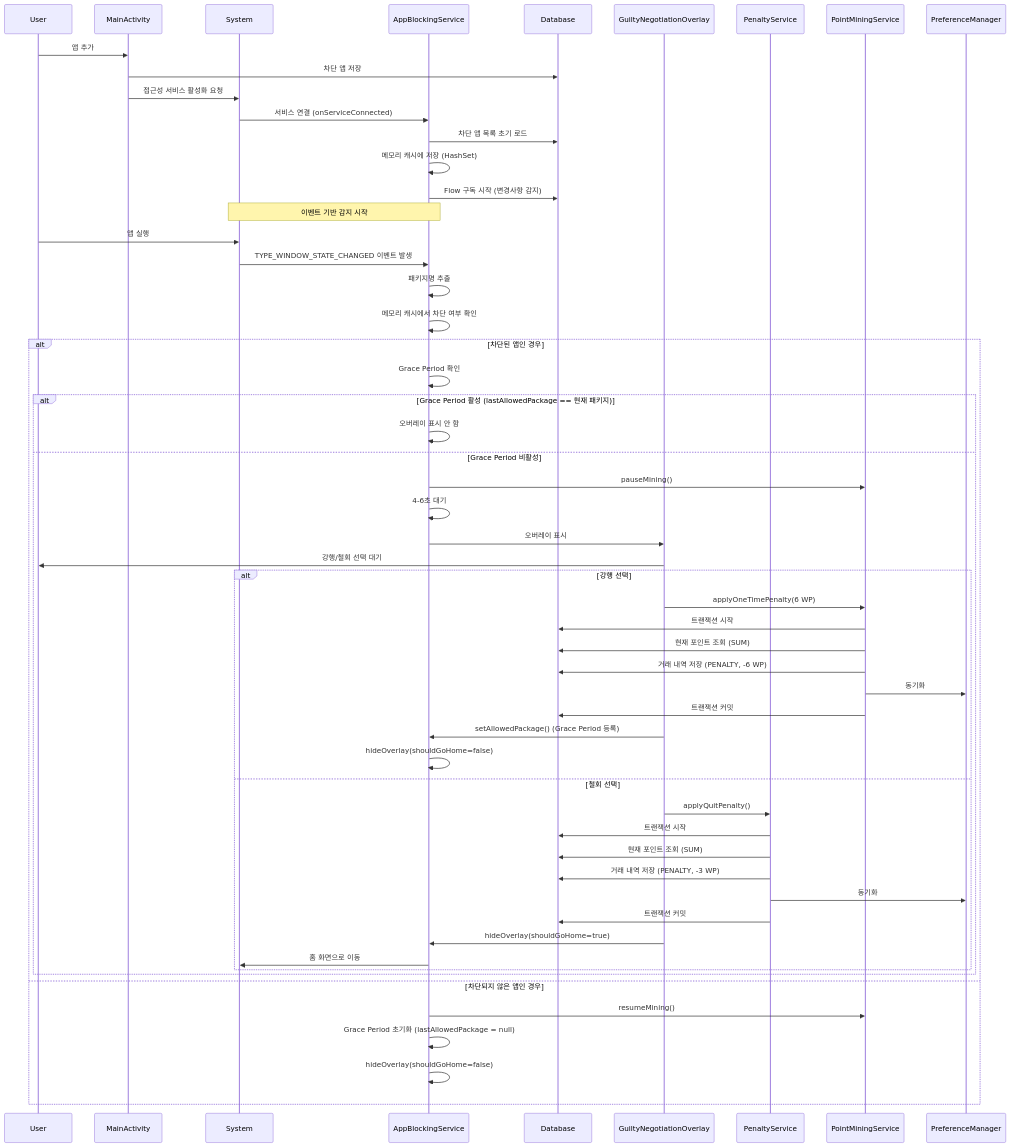
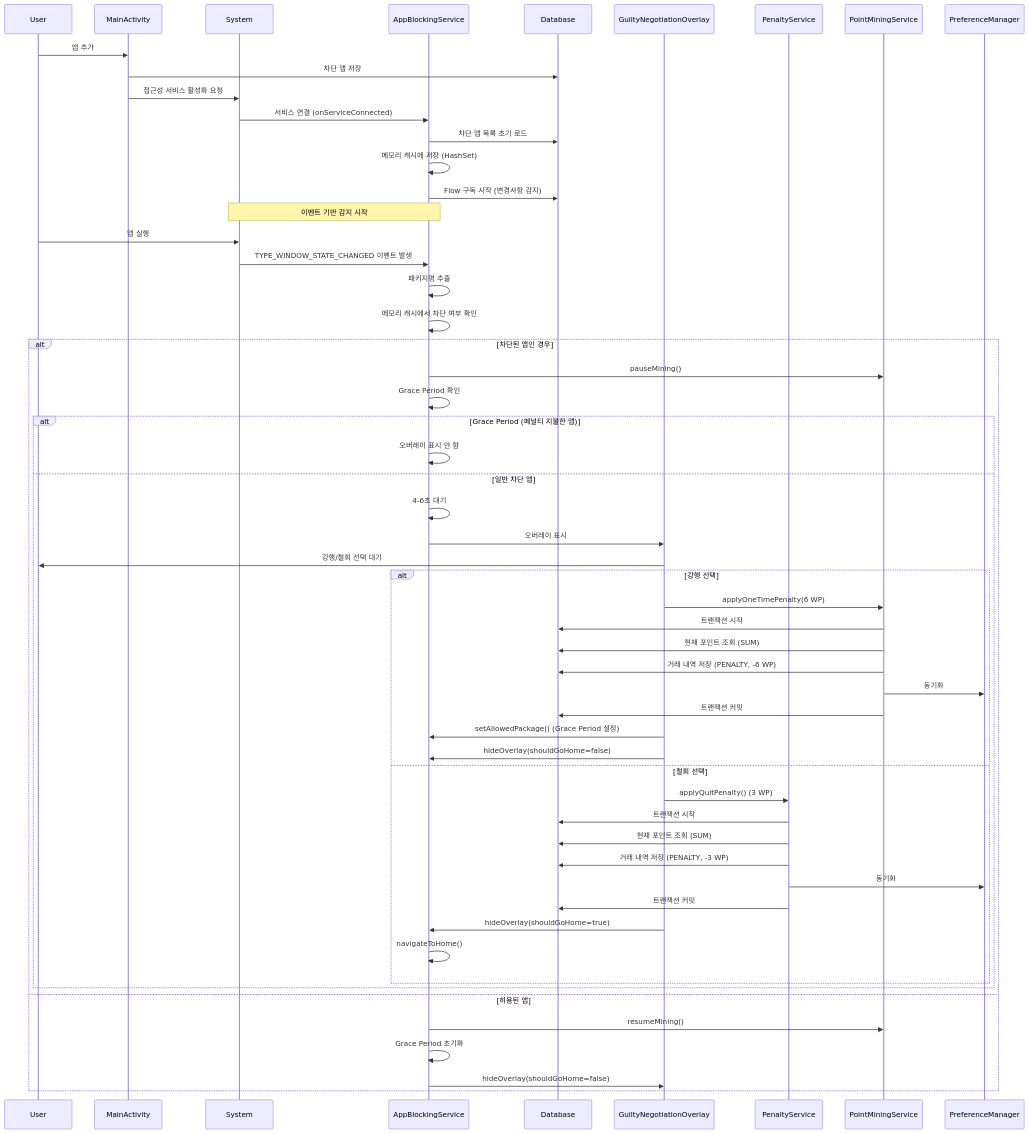
Before and after one commit to KDG12054345/-2: the first of 6 diagrams in ARCHITECTURE.md, drawn with Mermaid. The commit also changed other lines of this file and 6 other files, not shown here.

````diff
--- a/ARCHITECTURE.md
+++ b/ARCHITECTURE.md
@@ -140,62 +134,63 @@
 ```mermaid
 sequenceDiagram
     participant User
     participant MainActivity
     participant System
     participant AppBlockingService
     participant Database
     participant GuiltyNegotiationOverlay
     participant PenaltyService
 
     User->>MainActivity: 앱 추가
     MainActivity->>Database: 차단 앱 저장
     MainActivity->>System: 접근성 서비스 활성화 요청
     
     System->>AppBlockingService: 서비스 연결 (onServiceConnected)
     AppBlockingService->>Database: 차단 앱 목록 초기 로드
     AppBlockingService->>AppBlockingService: 메모리 캐시에 저장 (HashSet)
     AppBlockingService->>Database: Flow 구독 시작 (변경사항 감지)
     
     Note over System,AppBlockingService: 이벤트 기반 감지 시작
     
     User->>System: 앱 실행
     System->>AppBlockingService: TYPE_WINDOW_STATE_CHANGED 이벤트 발생
     AppBlockingService->>AppBlockingService: 패키지명 추출
     AppBlockingService->>AppBlockingService: 메모리 캐시에서 차단 여부 확인
     
     alt 차단된 앱인 경우
+        AppBlockingService->>PointMiningService: pauseMining()
         AppBlockingService->>AppBlockingService: Grace Period 확인
-        alt Grace Period 활성 (lastAllowedPackage == 현재 패키지)
+        
+        alt Grace Period (페널티 지불한 앱)
             AppBlockingService->>AppBlockingService: 오버레이 표시 안 함
-        else Grace Period 비활성
-            AppBlockingService->>PointMiningService: pauseMining()
+        else 일반 차단 앱
             AppBlockingService->>AppBlockingService: 4-6초 대기
             AppBlockingService->>GuiltyNegotiationOverlay: 오버레이 표시
             GuiltyNegotiationOverlay->>User: 강행/철회 선택 대기
             
             alt 강행 선택
                 GuiltyNegotiationOverlay->>PointMiningService: applyOneTimePenalty(6 WP)
                 PointMiningService->>Database: 트랜잭션 시작
                 PointMiningService->>Database: 현재 포인트 조회 (SUM)
                 PointMiningService->>Database: 거래 내역 저장 (PENALTY, -6 WP)
                 PointMiningService->>PreferenceManager: 동기화
                 PointMiningService->>Database: 트랜잭션 커밋
-                GuiltyNegotiationOverlay->>AppBlockingService: setAllowedPackage() (Grace Period 등록)
-                AppBlockingService->>AppBlockingService: hideOverlay(shouldGoHome=false)
+                GuiltyNegotiationOverlay->>AppBlockingService: setAllowedPackage() (Grace Period 설정)
+                GuiltyNegotiationOverlay->>AppBlockingService: hideOverlay(shouldGoHome=false)
             else 철회 선택
-                GuiltyNegotiationOverlay->>PenaltyService: applyQuitPenalty()
+                GuiltyNegotiationOverlay->>PenaltyService: applyQuitPenalty() (3 WP)
                 PenaltyService->>Database: 트랜잭션 시작
                 PenaltyService->>Database: 현재 포인트 조회 (SUM)
                 PenaltyService->>Database: 거래 내역 저장 (PENALTY, -3 WP)
                 PenaltyService->>PreferenceManager: 동기화
                 PenaltyService->>Database: 트랜잭션 커밋
                 GuiltyNegotiationOverlay->>AppBlockingService: hideOverlay(shouldGoHome=true)
-                AppBlockingService->>System: 홈 화면으로 이동
+                AppBlockingService->>AppBlockingService: navigateToHome()
             end
         end
-    else 차단되지 않은 앱인 경우
+    else 허용된 앱
         AppBlockingService->>PointMiningService: resumeMining()
-        AppBlockingService->>AppBlockingService: Grace Period 초기화 (lastAllowedPackage = null)
-        AppBlockingService->>AppBlockingService: hideOverlay(shouldGoHome=false)
+        AppBlockingService->>AppBlockingService: Grace Period 초기화
+        AppBlockingService->>GuiltyNegotiationOverlay: hideOverlay(shouldGoHome=false)
     end
 ```
````
